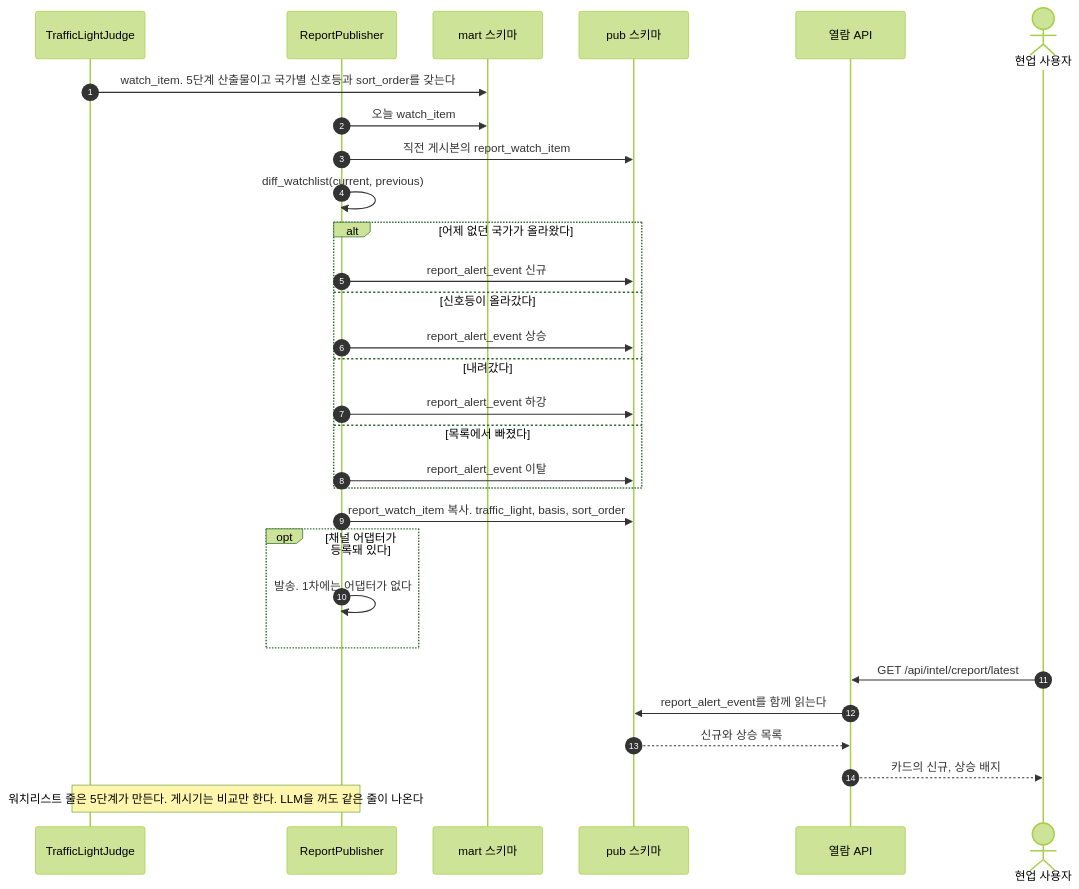
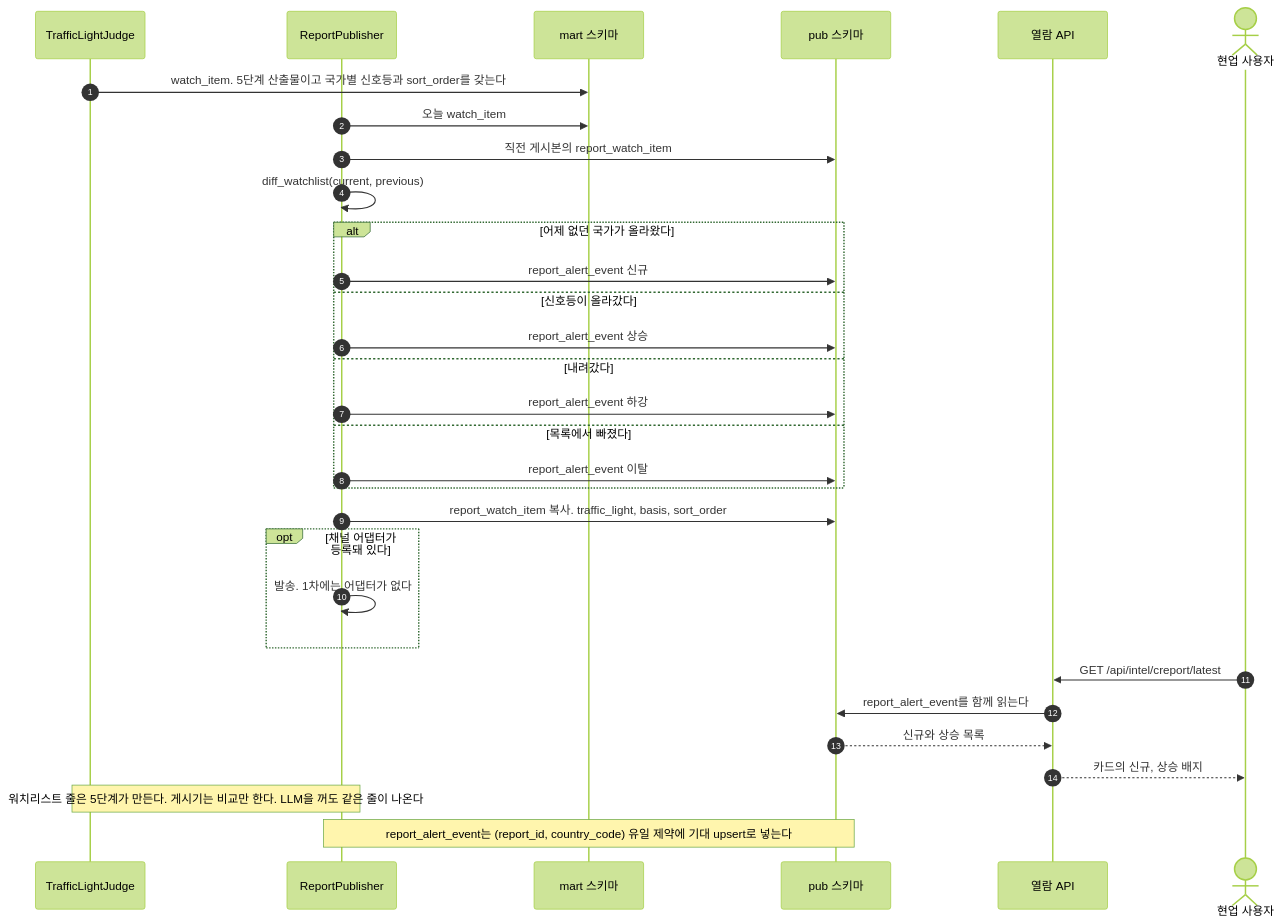
Before and after one commit to HoyoungParkme/tableau_platform: diagram 14 of 14 in docs/specs/09-SEQ/TBL-SEQ-001.md, drawn with Mermaid (forest theme). The commit also changed other lines of this file, not shown here.

````diff
--- a/docs/specs/09-SEQ/TBL-SEQ-001.md
+++ b/docs/specs/09-SEQ/TBL-SEQ-001.md
@@ -803,32 +808,33 @@
 ```mermaid
 sequenceDiagram
   autonumber
   participant TLJ as TrafficLightJudge
   participant RP as ReportPublisher
   participant DB_MART as mart 스키마
   participant DB_PUB as pub 스키마
   participant API as 열람 API
   actor H as 현업 사용자
   TLJ->>DB_MART: watch_item. 5단계 산출물이고 국가별 신호등과 sort_order를 갖는다
   RP->>DB_MART: 오늘 watch_item
   RP->>DB_PUB: 직전 게시본의 report_watch_item
   RP->>RP: diff_watchlist(current, previous)
   alt 어제 없던 국가가 올라왔다
     RP->>DB_PUB: report_alert_event 신규
   else 신호등이 올라갔다
     RP->>DB_PUB: report_alert_event 상승
   else 내려갔다
     RP->>DB_PUB: report_alert_event 하강
   else 목록에서 빠졌다
     RP->>DB_PUB: report_alert_event 이탈
   end
   RP->>DB_PUB: report_watch_item 복사. traffic_light, basis, sort_order
   opt 채널 어댑터가 등록돼 있다
     RP->>RP: 발송. 1차에는 어댑터가 없다
   end
   H->>API: GET /api/intel/creport/latest
   API->>DB_PUB: report_alert_event를 함께 읽는다
   DB_PUB-->>API: 신규와 상승 목록
   API-->>H: 카드의 신규, 상승 배지
   Note over TLJ,RP: 워치리스트 줄은 5단계가 만든다. 게시기는 비교만 한다. LLM을 꺼도 같은 줄이 나온다
+  Note over RP,DB_PUB: report_alert_event는 (report_id, country_code) 유일 제약에 기대 upsert로 넣는다
 ```
````
